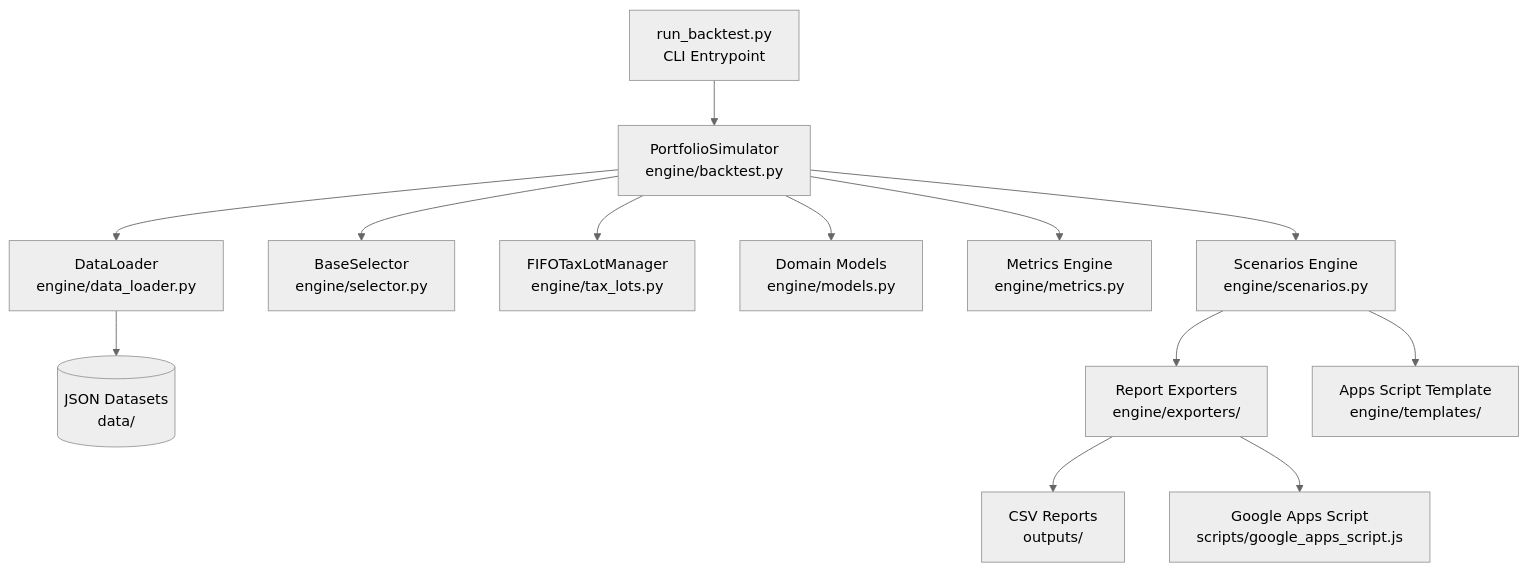
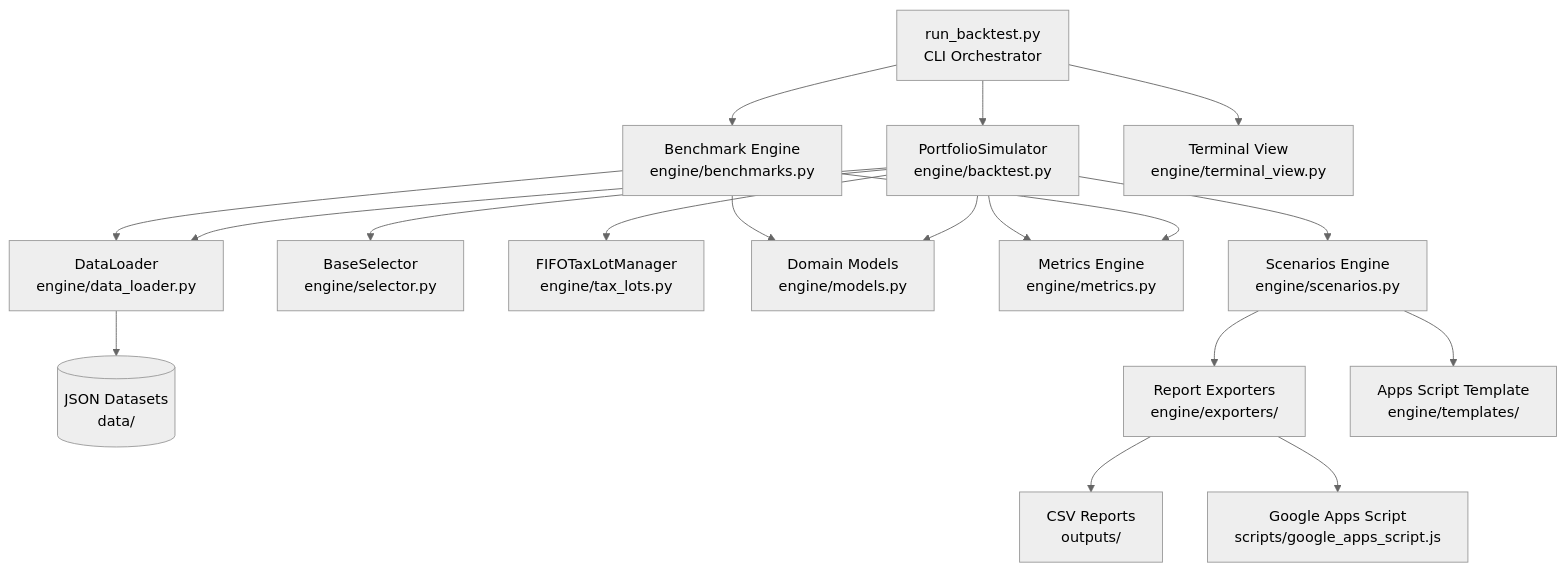
The first of 2 diagrams in docs/ARCHITECTURE.md (chris-catignani/sp500_strategy), drawn with Mermaid (neutral theme) before and after one commit. The commit also changed other lines of this file and 6 other files, not shown here.

First line of the commit message:
refactor: decompose run_backtest.py into modular benchmark and terminal components (#33)

````diff
--- a/docs/ARCHITECTURE.md
+++ b/docs/ARCHITECTURE.md
@@ -11,19 +11,25 @@
 ```mermaid
 graph TD
-    CLI[run_backtest.py<br>CLI Entrypoint] --> SIM[PortfolioSimulator<br>engine/backtest.py]
+    CLI[run_backtest.py<br>CLI Orchestrator] --> SIM[PortfolioSimulator<br>engine/backtest.py]
+    CLI --> BM[Benchmark Engine<br>engine/benchmarks.py]
+    CLI --> TV[Terminal View<br>engine/terminal_view.py]
     
     SIM --> DL[DataLoader<br>engine/data_loader.py]
     SIM --> SEL[BaseSelector<br>engine/selector.py]
     SIM --> TAX[FIFOTaxLotManager<br>engine/tax_lots.py]
     SIM --> MOD[Domain Models<br>engine/models.py]
     
+    BM --> DL
+    BM --> MET[Metrics Engine<br>engine/metrics.py]
+    BM --> MOD
+    
     DL --> DATA[(JSON Datasets<br>data/)]
     
-    SIM --> MET[Metrics Engine<br>engine/metrics.py]
+    SIM --> MET
     SIM --> SCN[Scenarios Engine<br>engine/scenarios.py]
     SCN --> EXP[Report Exporters<br>engine/exporters/]
     SCN --> GAS_TMPL[Apps Script Template<br>engine/templates/]
     
     EXP --> CSV[CSV Reports<br>outputs/]
     EXP --> GAS[Google Apps Script<br>scripts/google_apps_script.js]
 ```
````
